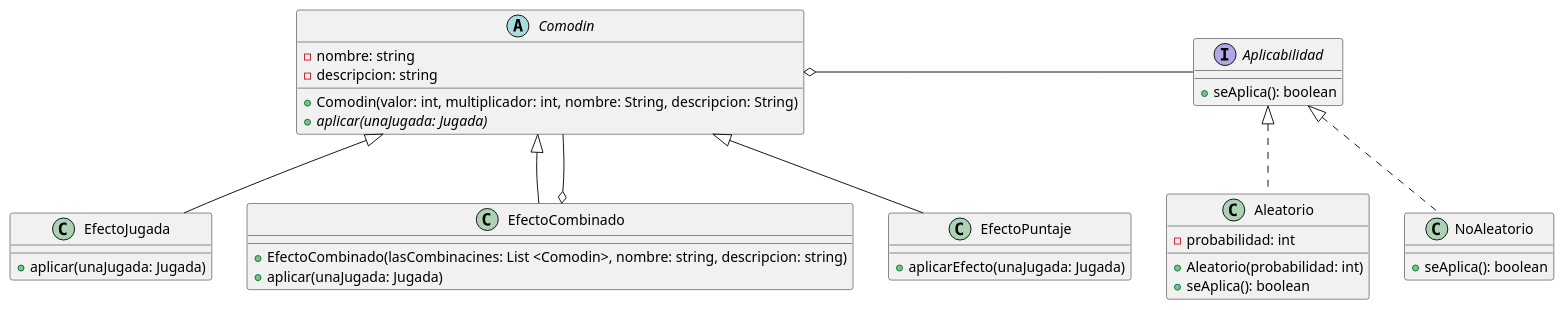
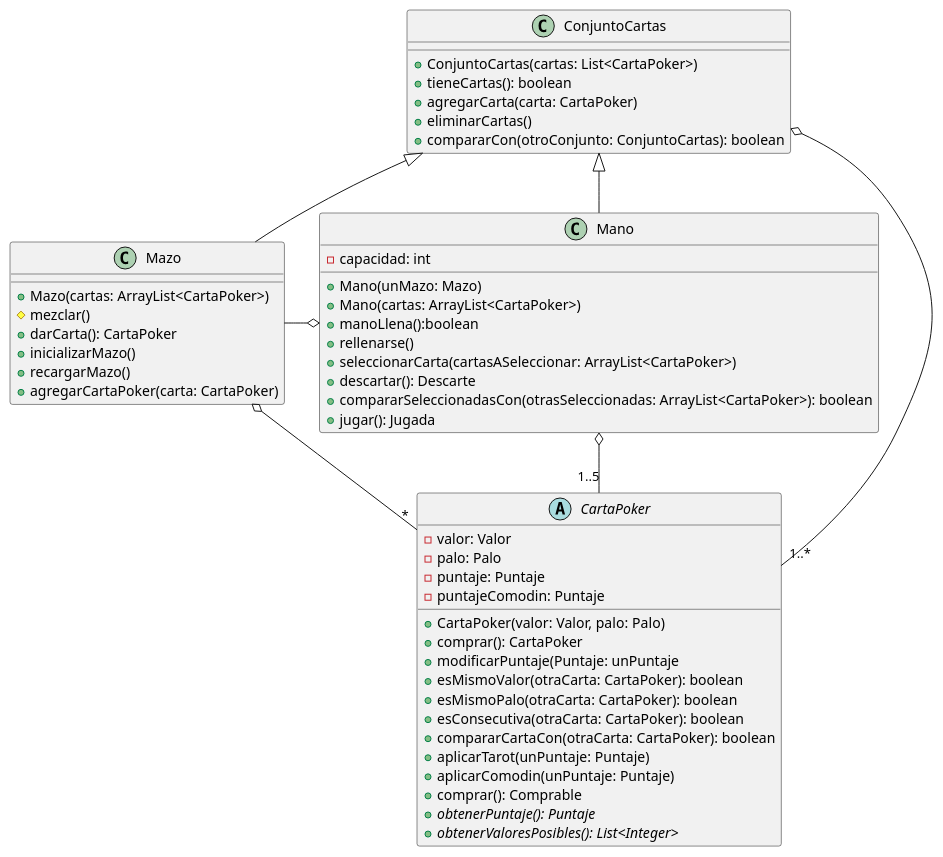
The diagram in diagrams/classes/clasesBalatro5.puml (carruizdiaz1109/UBAlatro), drawn with PlantUML before and after one commit. The commit also changed 1 other file, not shown here.

Commit message:
actualizo imagen diagrama de clase 5

```diff
--- a/diagrams/classes/clasesBalatro5.puml
+++ b/diagrams/classes/clasesBalatro5.puml
@@ -1,46 +1,60 @@
 @startuml
 'https://plantuml.com/class-diagram
 
-abstract class Comodin {
-    - nombre: string
-    - descripcion: string
+class ConjuntoCartas{
 
-    + Comodin(valor: int, multiplicador: int, nombre: String, descripcion: String)
-    + {abstract}aplicar(unaJugada: Jugada)
+   + ConjuntoCartas(cartas: List<CartaPoker>)
+   + tieneCartas(): boolean
+   + agregarCarta(carta: CartaPoker)
+   + eliminarCartas()
+   + compararCon(otroConjunto: ConjuntoCartas): boolean
 }
 
-class EfectoJugada {
-    + aplicar(unaJugada: Jugada)
+abstract class CartaPoker {
+  - valor: Valor
+  - palo: Palo
+  - puntaje: Puntaje
+  - puntajeComodin: Puntaje
+
+  + CartaPoker(valor: Valor, palo: Palo)
+  + comprar(): CartaPoker
+  + modificarPuntaje(Puntaje: unPuntaje
+  + esMismoValor(otraCarta: CartaPoker): boolean
+  + esMismoPalo(otraCarta: CartaPoker): boolean
+  + esConsecutiva(otraCarta: CartaPoker): boolean
+  + compararCartaCon(otraCarta: CartaPoker): boolean
+  + aplicarTarot(unPuntaje: Puntaje)
+  + aplicarComodin(unPuntaje: Puntaje)
+  + comprar(): Comprable
+  + {abstract}obtenerPuntaje(): Puntaje
+  + {abstract}obtenerValoresPosibles(): List<Integer>
 }
 
-interface Aplicabilidad {
-    + seAplica(): boolean
+
+class Mazo extends ConjuntoCartas {
+   + Mazo(cartas: ArrayList<CartaPoker>)
+   # mezclar()
+   + darCarta(): CartaPoker
+   + inicializarMazo()
+   + recargarMazo()
++ agregarCartaPoker(carta: CartaPoker)
 }
 
-class Aleatorio {
-    - probabilidad: int
-    + Aleatorio(probabilidad: int)
-    + seAplica(): boolean
+class Mano extends ConjuntoCartas{
+   - capacidad: int
+
+   + Mano(unMazo: Mazo)
+   + Mano(cartas: ArrayList<CartaPoker>)
+   + manoLlena():boolean
+   + rellenarse()
+   + seleccionarCarta(cartasASeleccionar: ArrayList<CartaPoker>)
+   + descartar(): Descarte
+   + compararSeleccionadasCon(otrasSeleccionadas: ArrayList<CartaPoker>): boolean
+   + jugar(): Jugada
 }
 
-class NoAleatorio {
-    + seAplica(): boolean
-}
-
-class EfectoCombinado{
-    + EfectoCombinado(lasCombinacines: List <Comodin>, nombre: string, descripcion: string)
-    + aplicar(unaJugada: Jugada)
-}
-class EfectoPuntaje{
-    + aplicarEfecto(unaJugada: Jugada)
-}
-
-EfectoJugada -up-|> Comodin
-EfectoCombinado -up-|> Comodin
-EfectoCombinado o-- Comodin
-EfectoPuntaje -up-|> Comodin
-Comodin o-right- Aplicabilidad
-Aplicabilidad <|.down. Aleatorio
-Aplicabilidad <|.down. NoAleatorio
-
+ConjuntoCartas o-- "1..*" CartaPoker
+Mano o-- "1..5" CartaPoker
+Mano o-left- Mazo
+Mazo o-- "*" CartaPoker
 @enduml
```
